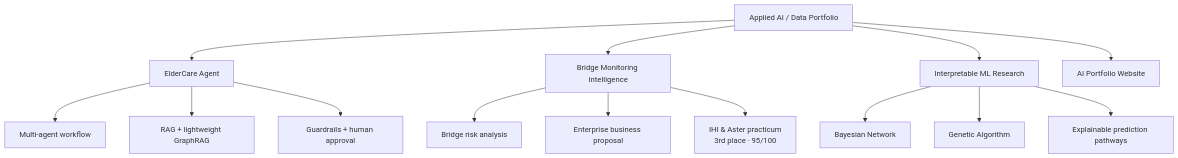
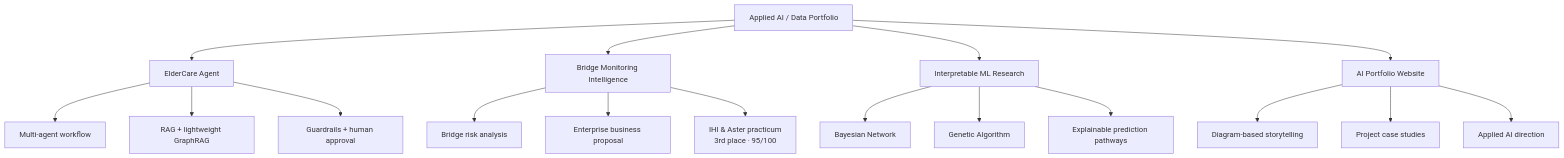
Before and after one commit to Ami14123/Ami14123: the first of 2 diagrams in README.md, drawn with Mermaid. The commit also changed other lines of this file, not shown here.

````diff
--- a/README.md
+++ b/README.md
@@ -104,21 +113,25 @@
 ```mermaid
 flowchart TD
     A[Applied AI / Data Portfolio]
 
     A --> B[ElderCare Agent]
     A --> C[Bridge Monitoring Intelligence]
     A --> D[Interpretable ML Research]
     A --> E[AI Portfolio Website]
 
     B --> B1[Multi-agent workflow]
     B --> B2[RAG + lightweight GraphRAG]
     B --> B3[Guardrails + human approval]
 
     C --> C1[Bridge risk analysis]
     C --> C2[Enterprise business proposal]
     C --> C3[IHI & Aster practicum<br/>3rd place · 95/100]
 
     D --> D1[Bayesian Network]
     D --> D2[Genetic Algorithm]
     D --> D3[Explainable prediction pathways]
+
+    E --> E1[Diagram-based storytelling]
+    E --> E2[Project case studies]
+    E --> E3[Applied AI direction]
 ```
````
